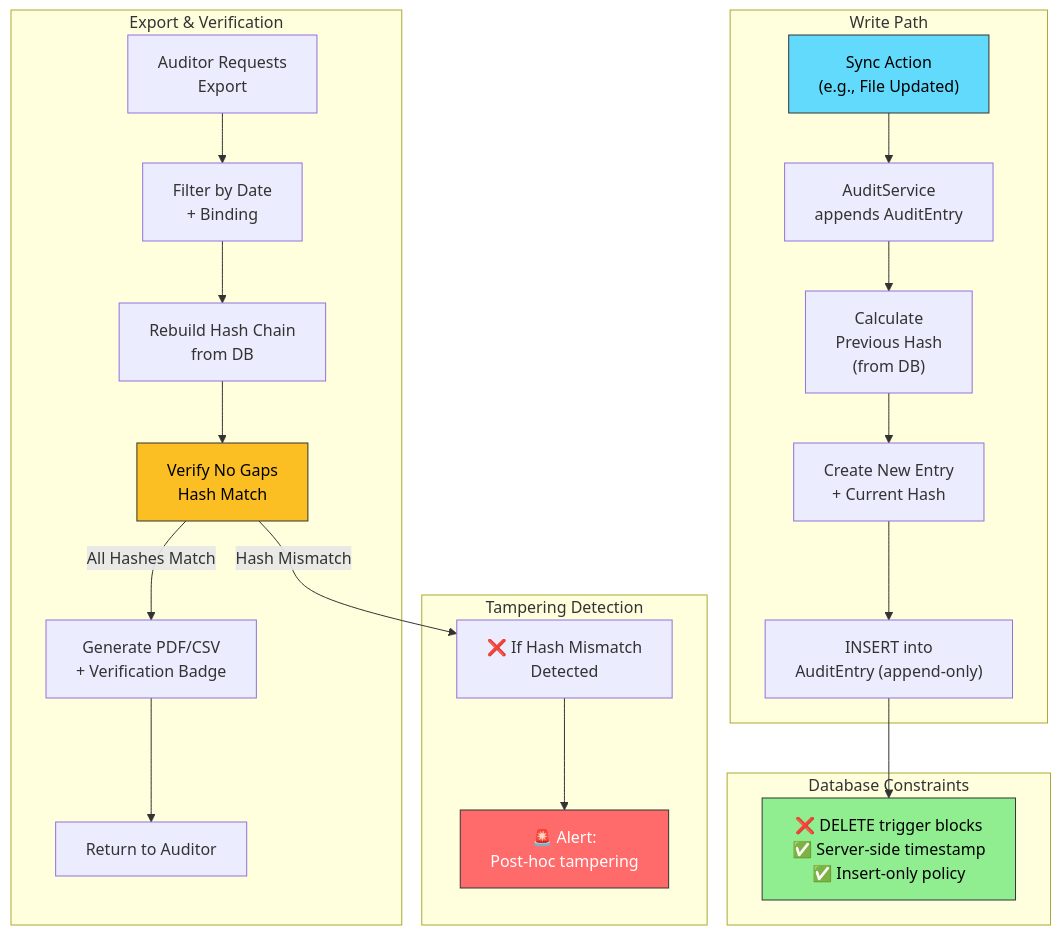
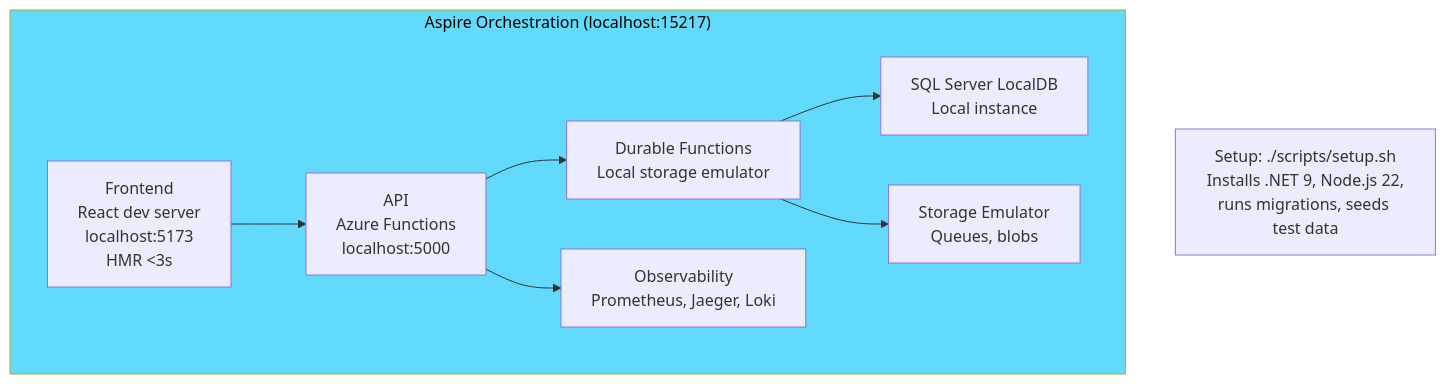
Before and after one commit to Frederik91/Linksy: diagram 11 of 13 in specs/001-aec-file-sync/architecture.md, drawn with Mermaid. The commit also changed other lines of this file, not shown here.

````diff
--- a/specs/001-aec-file-sync/architecture.md
+++ b/specs/001-aec-file-sync/architecture.md
@@ -473,48 +953,21 @@
 ```mermaid
 graph TB
-    subgraph "Write Path"
-        SyncAction["Sync Action<br/>(e.g., File Updated)"]
-        AuditSvc["AuditService<br/>appends AuditEntry"]
-        PrevHash["Calculate<br/>Previous Hash<br/>(from DB)"]
-        CreateEntry["Create New Entry<br/>+ Current Hash"]
-        InsertDB["INSERT into<br/>AuditEntry (append-only)"]
+    subgraph Aspire["Aspire Orchestration (localhost:15217)"]
+        Frontend["Frontend<br/>React dev server<br/>localhost:5173<br/>HMR &lt;3s"]
+        API["API<br/>Azure Functions<br/>localhost:5000"]
+        DF["Durable Functions<br/>Local storage emulator"]
+        SQL["SQL Server LocalDB<br/>Local instance"]
+        Storage["Storage Emulator<br/>Queues, blobs"]
+        Obs["Observability<br/>Prometheus, Jaeger, Loki"]
     end
-
-    subgraph "Database Constraints"
-        DBConstraint["❌ DELETE trigger blocks<br/>✅ Server-side timestamp<br/>✅ Insert-only policy"]
-    end
-
-    subgraph "Export & Verification"
-        ExportReq["Auditor Requests<br/>Export"]
-        FilterAudit["Filter by Date<br/>+ Binding"]
-        BuildChain["Rebuild Hash Chain<br/>from DB"]
-        VerifyIntegrity["Verify No Gaps<br/>Hash Match"]
-        GenerateReport["Generate PDF/CSV<br/>+ Verification Badge"]
-        ReturnReport["Return to Auditor"]
-    end
-
-    subgraph "Tampering Detection"
-        TamperCheck["❌ If Hash Mismatch<br/>Detected"]
-        TamperAlert["🚨 Alert:<br/>Post-hoc tampering"]
-    end
-
-    SyncAction --> AuditSvc
-    AuditSvc --> PrevHash
-    PrevHash --> CreateEntry
-    CreateEntry --> InsertDB
-    InsertDB --> DBConstraint
-
-    ExportReq --> FilterAudit
-    FilterAudit --> BuildChain
-    BuildChain --> VerifyIntegrity
-    VerifyIntegrity -->|All Hashes Match| GenerateReport
-    VerifyIntegrity -->|Hash Mismatch| TamperCheck
-    TamperCheck --> TamperAlert
-
-    GenerateReport --> ReturnReport
-
-    style SyncAction fill:#61dafb,stroke:#333,color:#000
-    style DBConstraint fill:#90ee90,stroke:#333,color:#000
-    style VerifyIntegrity fill:#fbbf24,stroke:#333,color:#000
-    style TamperAlert fill:#ff6b6b,stroke:#333,color:#fff
+    
+    Frontend --> API
+    API --> DF
+    DF --> SQL
+    DF --> Storage
+    API --> Obs
+    
+    note["Setup: ./scripts/setup.sh<br/>Installs .NET 9, Node.js 22,<br/>runs migrations, seeds test data"]
+    
+    style Aspire fill:#61dafb,color:#000
 ```
````
